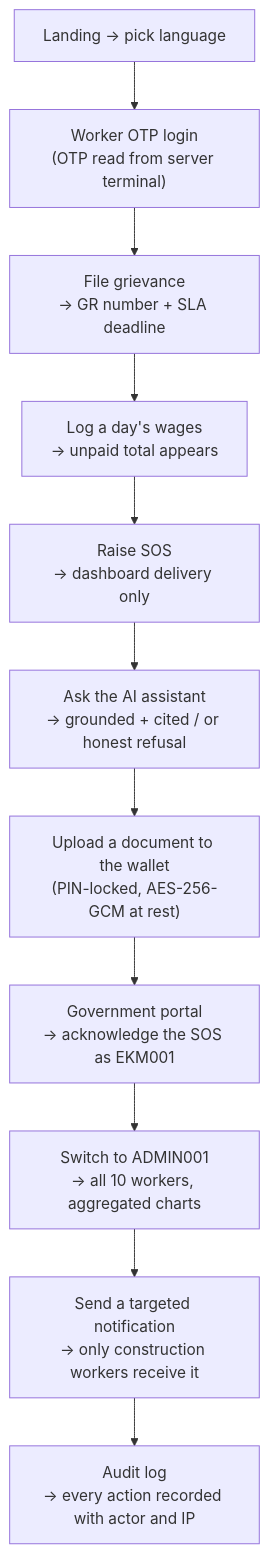
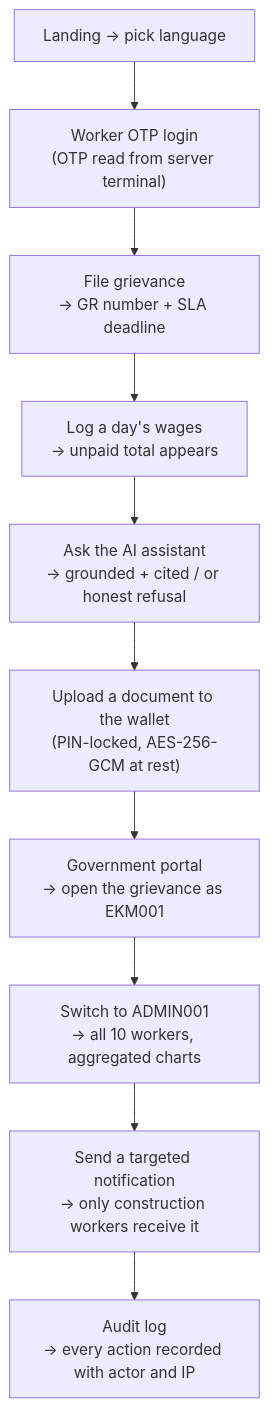
One commit to joeltkvaidyan/shramsetu changed the diagram in DEMO.md. Above: the diagram before and after it, drawn with Mermaid. The commit also changed other lines of this file and 25 other files, not shown here.

````diff
--- a/DEMO.md
+++ b/DEMO.md
@@ -79,13 +78,12 @@
 ```mermaid
 flowchart TD
     A["Landing → pick language"] --> B["Worker OTP login<br/>(OTP read from server terminal)"]
     B --> C["File grievance<br/>→ GR number + SLA deadline"]
     C --> D["Log a day's wages<br/>→ unpaid total appears"]
-    D --> E["Raise SOS<br/>→ dashboard delivery only"]
-    E --> F["Ask the AI assistant<br/>→ grounded + cited / or honest refusal"]
-    F --> G["Upload a document to the wallet<br/>(PIN-locked, AES-256-GCM at rest)"]
-    G --> H["Government portal<br/>→ acknowledge the SOS as EKM001"]
-    H --> I["Switch to ADMIN001<br/>→ all 10 workers, aggregated charts"]
-    I --> J["Send a targeted notification<br/>→ only construction workers receive it"]
-    J --> K["Audit log<br/>→ every action recorded with actor and IP"]
+    D --> E["Ask the AI assistant<br/>→ grounded + cited / or honest refusal"]
+    E --> F["Upload a document to the wallet<br/>(PIN-locked, AES-256-GCM at rest)"]
+    F --> G["Government portal<br/>→ open the grievance as EKM001"]
+    G --> H["Switch to ADMIN001<br/>→ all 10 workers, aggregated charts"]
+    H --> I["Send a targeted notification<br/>→ only construction workers receive it"]
+    I --> J["Audit log<br/>→ every action recorded with actor and IP"]
 ```
````
